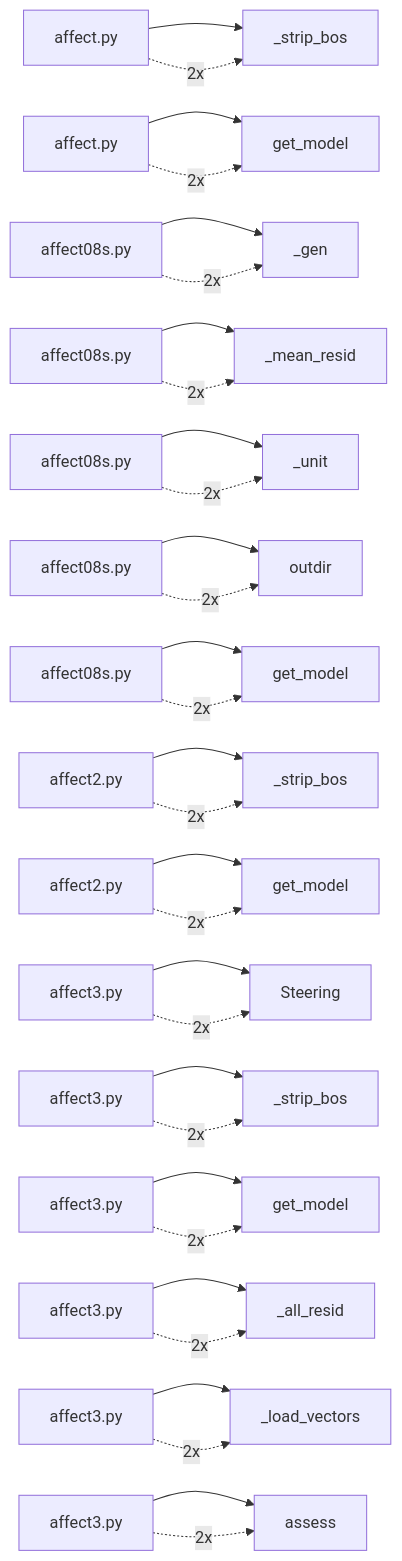
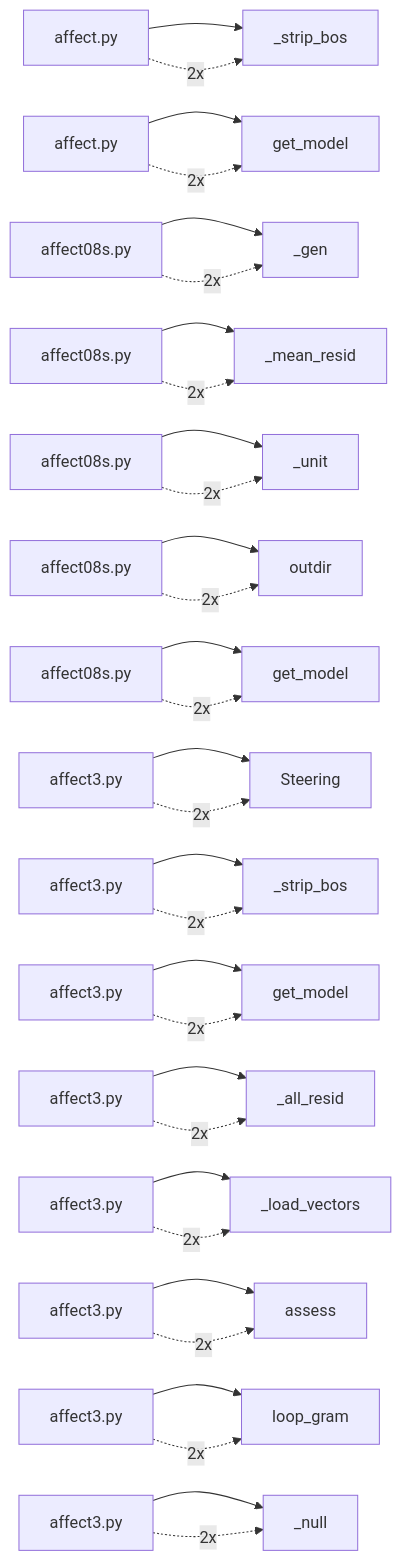
One commit to wolframs/jspace-probes changed the first of 2 diagrams in .mentis/context/dependencies.md. Above: the diagram before and after it, drawn with Mermaid. The commit also changed other lines of this file and 89 other files, not shown here.

````diff
--- a/.mentis/context/dependencies.md
+++ b/.mentis/context/dependencies.md
@@ -7,33 +7,33 @@
 ```mermaid
 flowchart LR
   A0["affect.py"] --> B0["_strip_bos"]
   A0 -. 2x .-> B0
   A1["affect.py"] --> B1["get_model"]
   A1 -. 2x .-> B1
   A2["affect08s.py"] --> B2["_gen"]
   A2 -. 2x .-> B2
   A3["affect08s.py"] --> B3["_mean_resid"]
   A3 -. 2x .-> B3
   A4["affect08s.py"] --> B4["_unit"]
   A4 -. 2x .-> B4
   A5["affect08s.py"] --> B5["outdir"]
   A5 -. 2x .-> B5
   A6["affect08s.py"] --> B6["get_model"]
   A6 -. 2x .-> B6
-  A7["affect2.py"] --> B7["_strip_bos"]
+  A7["affect3.py"] --> B7["Steering"]
   A7 -. 2x .-> B7
-  A8["affect2.py"] --> B8["get_model"]
+  A8["affect3.py"] --> B8["_strip_bos"]
   A8 -. 2x .-> B8
-  A9["affect3.py"] --> B9["Steering"]
+  A9["affect3.py"] --> B9["get_model"]
   A9 -. 2x .-> B9
-  A10["affect3.py"] --> B10["_strip_bos"]
+  A10["affect3.py"] --> B10["_all_resid"]
   A10 -. 2x .-> B10
-  A11["affect3.py"] --> B11["get_model"]
+  A11["affect3.py"] --> B11["_load_vectors"]
   A11 -. 2x .-> B11
-  A12["affect3.py"] --> B12["_all_resid"]
+  A12["affect3.py"] --> B12["assess"]
   A12 -. 2x .-> B12
-  A13["affect3.py"] --> B13["_load_vectors"]
+  A13["affect3.py"] --> B13["loop_gram"]
   A13 -. 2x .-> B13
-  A14["affect3.py"] --> B14["assess"]
+  A14["affect3.py"] --> B14["_null"]
   A14 -. 2x .-> B14
 ```
````
